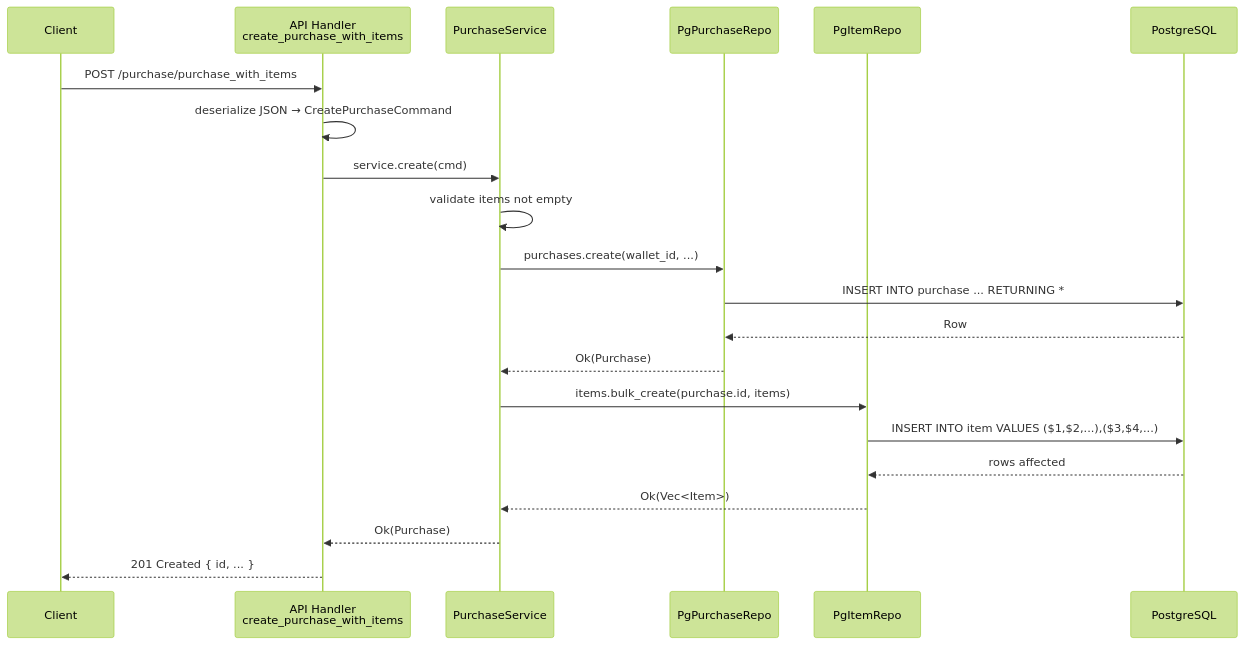
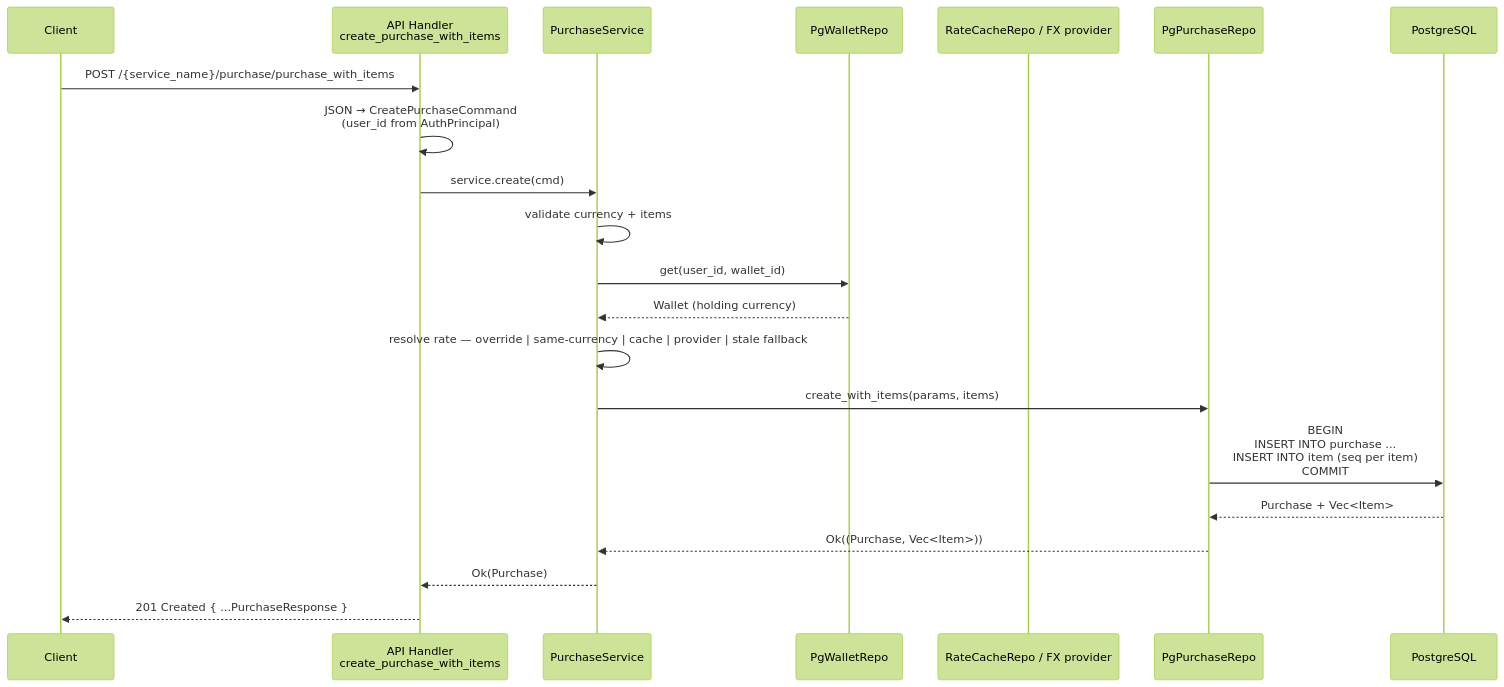
One commit to R2-t/fin-management changed the second of 2 diagrams in ARCHITECTURE.md. Above: the diagram before and after it, drawn with Mermaid (forest theme). The commit also changed other lines of this file and 14 other files, not shown here.

Commit message:
docs: audit ARCHITECTURE.md against code; add analytics plan and reports

````diff
--- a/ARCHITECTURE.md
+++ b/ARCHITECTURE.md
@@ -556,24 +669,24 @@
 ```mermaid
 sequenceDiagram
     participant Client
     participant Handler as API Handler<br/>create_purchase_with_items
     participant Service as PurchaseService
+    participant WalletRepo as PgWalletRepo
+    participant Rate as RateCacheRepo / FX provider
     participant PurchaseRepo as PgPurchaseRepo
-    participant ItemRepo as PgItemRepo
     participant DB as PostgreSQL
 
-    Client->>Handler: POST /purchase/purchase_with_items
-    Handler->>Handler: deserialize JSON → CreatePurchaseCommand
+    Client->>Handler: POST /{service_name}/purchase/purchase_with_items
+    Handler->>Handler: JSON → CreatePurchaseCommand<br/>(user_id from AuthPrincipal)
     Handler->>Service: service.create(cmd)
-    Service->>Service: validate items not empty
-    Service->>PurchaseRepo: purchases.create(wallet_id, ...)
-    PurchaseRepo->>DB: INSERT INTO purchase ... RETURNING *
-    DB-->>PurchaseRepo: Row
-    PurchaseRepo-->>Service: Ok(Purchase)
-    Service->>ItemRepo: items.bulk_create(purchase.id, items)
-    ItemRepo->>DB: INSERT INTO item VALUES ($1,$2,...),($3,$4,...)
-    DB-->>ItemRepo: rows affected
-    ItemRepo-->>Service: Ok(Vec<Item>)
+    Service->>Service: validate currency + items
+    Service->>WalletRepo: get(user_id, wallet_id)
+    WalletRepo-->>Service: Wallet (holding currency)
+    Service->>Service: resolve rate — override | same-currency | cache | provider | stale fallback
+    Service->>PurchaseRepo: create_with_items(params, items)
+    PurchaseRepo->>DB: BEGIN<br/>INSERT INTO purchase ...<br/>INSERT INTO item (seq per item)<br/>COMMIT
+    DB-->>PurchaseRepo: Purchase + Vec<Item>
+    PurchaseRepo-->>Service: Ok((Purchase, Vec<Item>))
     Service-->>Handler: Ok(Purchase)
-    Handler-->>Client: 201 Created { id, ... }
+    Handler-->>Client: 201 Created { ...PurchaseResponse }
 ```
````
